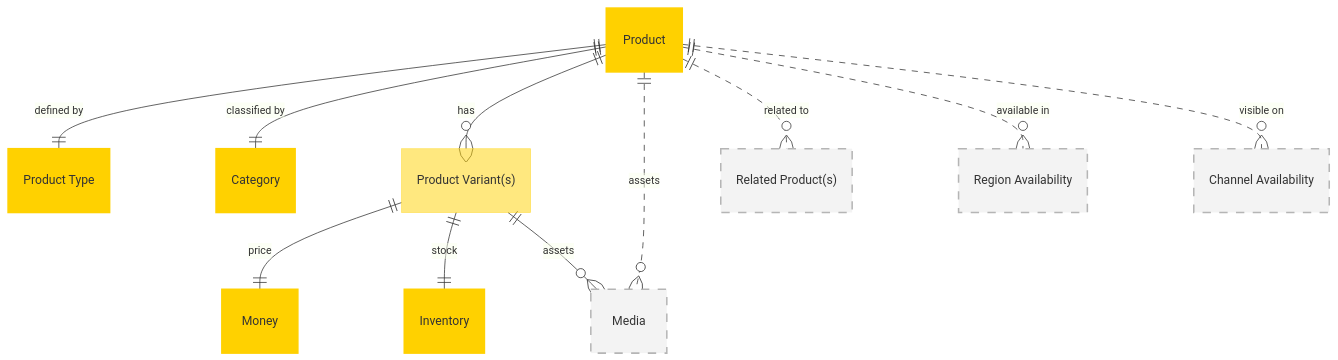
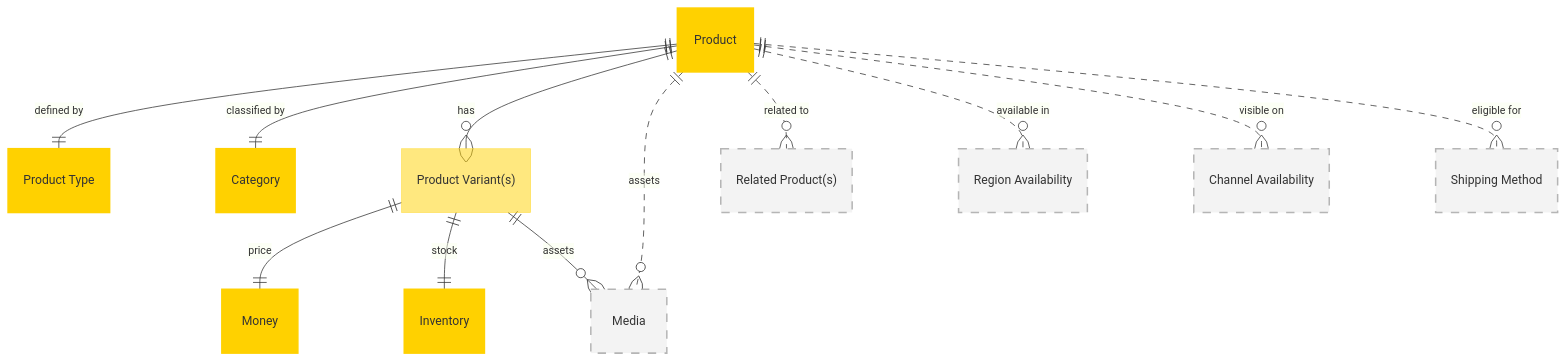
Before and after one commit to machalliance/standards: the diagram in models/entities/product/product.md, drawn with Mermaid. The commit also changed other lines of this file and 4 other files, not shown here.

````diff
--- a/models/entities/product/product.md
+++ b/models/entities/product/product.md
@@ -894,17 +1045,18 @@
 ```mermaid
 erDiagram
 Product:::entity 1 to 1 "Product Type":::entity : "defined by"
 Product 1 to 1 Category:::entity : "classified by"
 Product 1 to 0+ "Product Variant(s)":::internalRel : "has"
 "Product Variant(s)" 1 to 1 Money:::entity : price
 "Product Variant(s)" 1 to 1 Inventory:::entity : stock
 Product 1 optionally to 0+ Media:::optionalRel : "assets"
 "Product Variant(s)" 1 to 0+ Media:::optionalRel : "assets"
 Product 1 optionally to 0+ "Related Product(s)":::optionalRel : "related to"
 Product 1 optionally to 0+ "Region Availability":::optionalRel : "available in"
 Product 1 optionally to 0+ "Channel Availability":::optionalRel : "visible on"
+Product 1 optionally to 0+ "Shipping Method":::optionalRel : "eligible for"
 
 classDef entity fill:#ffd100, stroke:#ffd100,stroke-width:2px
 classDef internalRel fill:#ffd10080, stroke:#ffd10080,stroke-width:1px
 classDef optionalRel stroke:#b5b5b5, stroke-dasharray: 1 1, fill:#f3f3f3, stroke-width:2px
 ```
````
